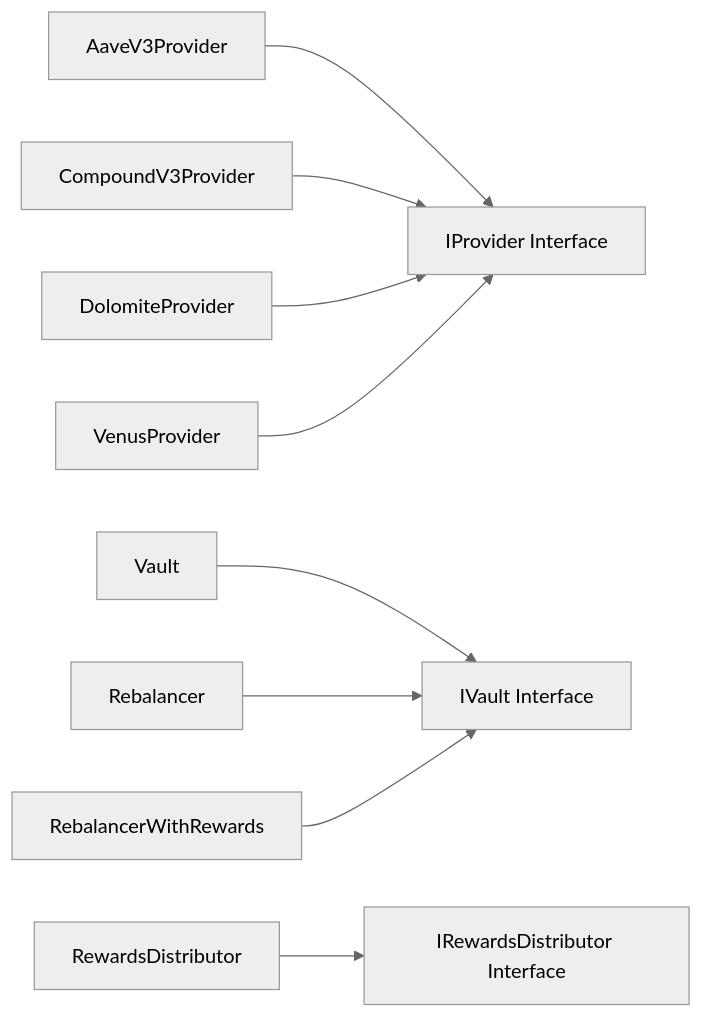
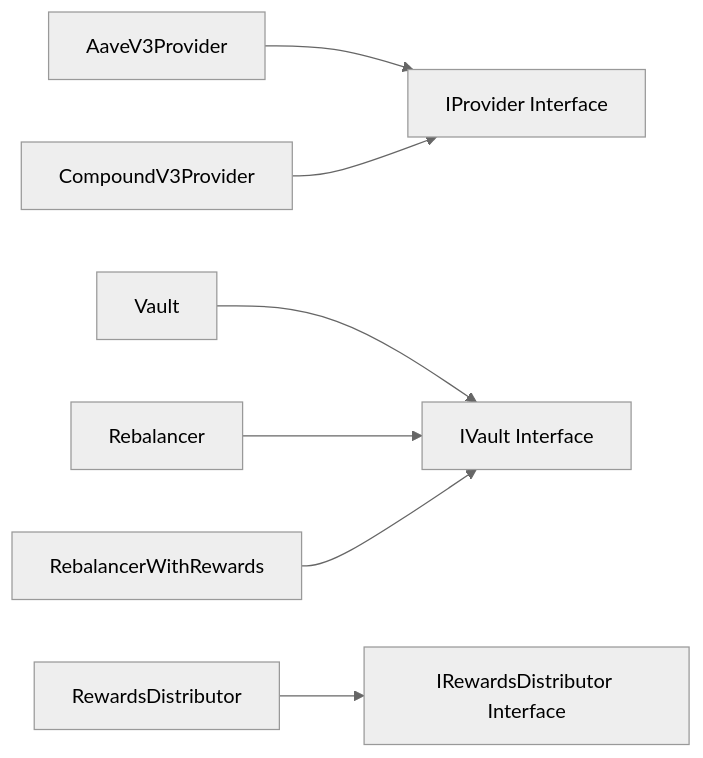
One commit to Thesauros/contracts changed the seventh of 7 diagrams in docs/shemes/contract-interaction-diagram.md. Above: the diagram before and after it, drawn with Mermaid (neutral theme). The commit also changed other lines of this file and 18 other files, not shown here.

````diff
--- a/docs/shemes/contract-interaction-diagram.md
+++ b/docs/shemes/contract-interaction-diagram.md
@@ -228,17 +216,15 @@
 ```mermaid
 graph LR
     IProvider[IProvider Interface]
     IVault[IVault Interface]
     IRewardsDistributor[IRewardsDistributor Interface]
     
     AaveV3Provider --> IProvider
     CompoundV3Provider --> IProvider
-    DolomiteProvider --> IProvider
-    VenusProvider --> IProvider
     
     Vault --> IVault
     Rebalancer --> IVault
     RebalancerWithRewards --> IVault
     
     RewardsDistributor --> IRewardsDistributor
 ```
````
